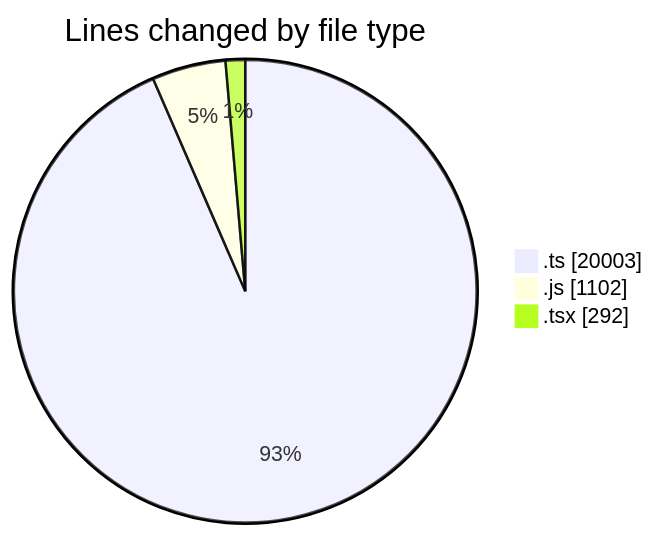
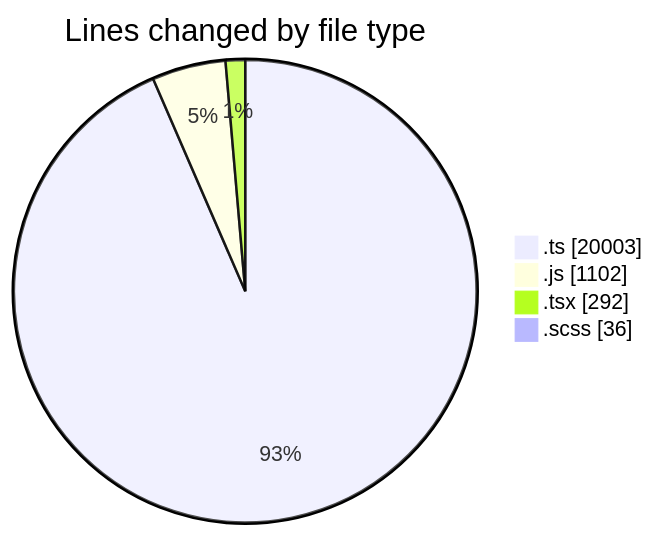
One commit to momahboobian/code-tracking changed the first of 2 diagrams in 2026-10-16/cda/README.md. Above: the diagram before and after it, drawn with Mermaid. The commit also changed other lines of this file and 1 other file, not shown here.

````diff
--- a/2026-10-16/cda/README.md
+++ b/2026-10-16/cda/README.md
@@ -27,7 +28,8 @@
 ```mermaid
 pie showData
 title Lines changed by file type
 ".ts" : 20003
 ".js" : 1102
 ".tsx" : 292
+".scss" : 36
 ```
````
